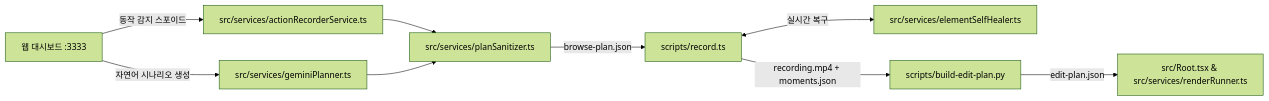
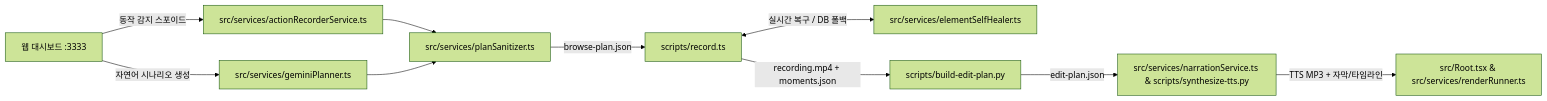
One commit to handsun000/ai-screen-studio changed the diagram in AGENTS.md. Above: the diagram before and after it, drawn with Mermaid (forest theme). The commit also changed other lines of this file and 21 other files, not shown here.

````diff
--- a/AGENTS.md
+++ b/AGENTS.md
@@ -21,11 +21,12 @@
 ```mermaid
 graph LR
     UI[웹 대시보드 :3333] -->|동작 감지 스포이드| Recorder[src/services/actionRecorderService.ts]
     UI -->|자연어 시나리오 생성| Planner[src/services/geminiPlanner.ts]
     Recorder --> Sanitizer[src/services/planSanitizer.ts]
     Planner --> Sanitizer
     Sanitizer -->|browse-plan.json| Runner[scripts/record.ts]
-    Runner <-->|실시간 복구| Healer[src/services/elementSelfHealer.ts]
+    Runner <-->|실시간 복구 / DB 폴백| Healer[src/services/elementSelfHealer.ts]
     Runner -->|recording.mp4 + moments.json| EditPlan[scripts/build-edit-plan.py]
-    EditPlan -->|edit-plan.json| Remotion[src/Root.tsx & src/services/renderRunner.ts]
+    EditPlan -->|edit-plan.json| Narration[src/services/narrationService.ts & scripts/synthesize-tts.py]
+    Narration -->|TTS MP3 + 자막/타임라인| Remotion[src/Root.tsx & src/services/renderRunner.ts]
 ```
````
